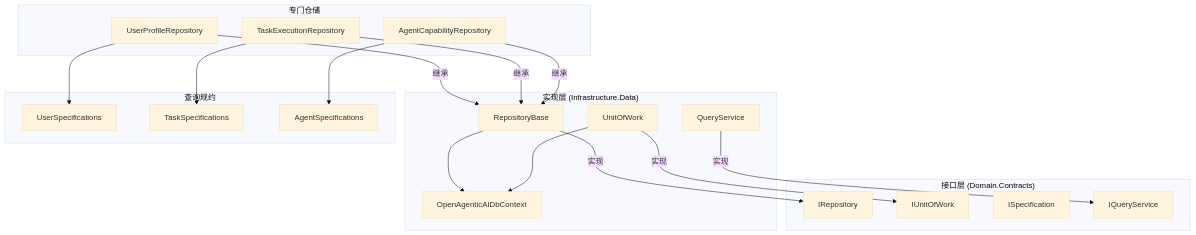
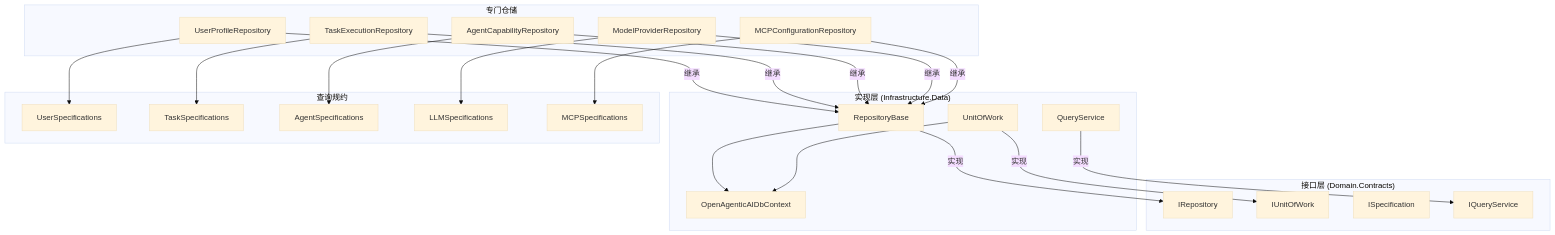
One commit to lornshrimp/Lorn.OpenAgenticAI changed the fourth of 21 diagrams in docs_TecDesign/DataAccessLayerDesign.md. Above: the diagram before and after it, drawn with Mermaid (base theme). The commit also changed other lines of this file and 19 other files, not shown here.

````diff
--- a/docs_TecDesign/DataAccessLayerDesign.md
+++ b/docs_TecDesign/DataAccessLayerDesign.md
@@ -71,47 +365,55 @@
 ```mermaid
 graph TB
     subgraph "接口层 (Domain.Contracts)"
         IREPO["IRepository<T>"]
         IUOW["IUnitOfWork"]
         ISPEC["ISpecification<T>"]
         IQUERYSERVICE["IQueryService"]
     end
     
     subgraph "实现层 (Infrastructure.Data)"
         REPO_BASE["RepositoryBase<T>"]
         UOW["UnitOfWork"]
         QUERY_SERVICE["QueryService"]
         DB_CONTEXT["OpenAgenticAIDbContext"]
     end
     
     subgraph "专门仓储"
         USER_REPO["UserProfileRepository"]
         TASK_REPO["TaskExecutionRepository"]
         AGENT_REPO["AgentCapabilityRepository"]
+        LLM_REPO["ModelProviderRepository"]
+        MCP_REPO["MCPConfigurationRepository"]
     end
     
     subgraph "查询规约"
         USER_SPECS["UserSpecifications"]
         TASK_SPECS["TaskSpecifications"]
         AGENT_SPECS["AgentSpecifications"]
+        LLM_SPECS["LLMSpecifications"]
+        MCP_SPECS["MCPSpecifications"]
     end
     
-    %% 修正实现关系
+    %% 实现关系
     REPO_BASE -->|实现| IREPO
     UOW -->|实现| IUOW
     QUERY_SERVICE -->|实现| IQUERYSERVICE
     
     %% 数据库依赖关系
     REPO_BASE --> DB_CONTEXT
     UOW --> DB_CONTEXT
     
     %% 继承关系
     USER_REPO -->|继承| REPO_BASE
     TASK_REPO -->|继承| REPO_BASE
     AGENT_REPO -->|继承| REPO_BASE
+    LLM_REPO -->|继承| REPO_BASE
+    MCP_REPO -->|继承| REPO_BASE
     
     %% 规约使用关系
     USER_REPO --> USER_SPECS
     TASK_REPO --> TASK_SPECS
     AGENT_REPO --> AGENT_SPECS
+    LLM_REPO --> LLM_SPECS
+    MCP_REPO --> MCP_SPECS
 ```
````
